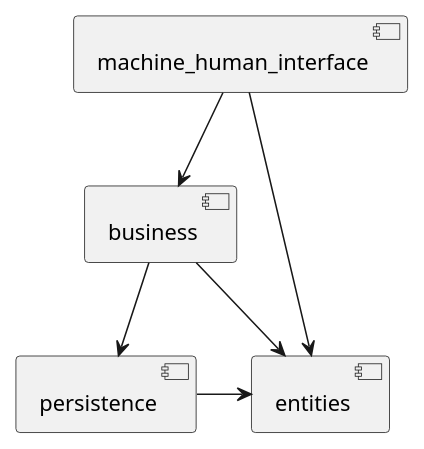
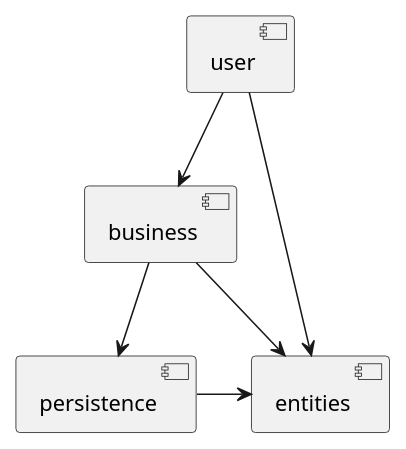
Before and after one commit to rodrigocanellas/tenacitas: the diagram in documentation/software_structure/struct00.plantuml, drawn with PlantUML. The commit also changed 19 other files, not shown here.

```diff
--- a/documentation/software_structure/struct00.plantuml
+++ b/documentation/software_structure/struct00.plantuml
@@ -1,7 +1,7 @@
 @startuml
-[machine_human_interface] --> [business]
+[user] --> [business]
 [business] --> [persistence]
-[machine_human_interface] --> [entities]
+[user] --> [entities]
 [business] -right-> [entities]
 [persistence] -right-> [entities]
 @enduml
```
